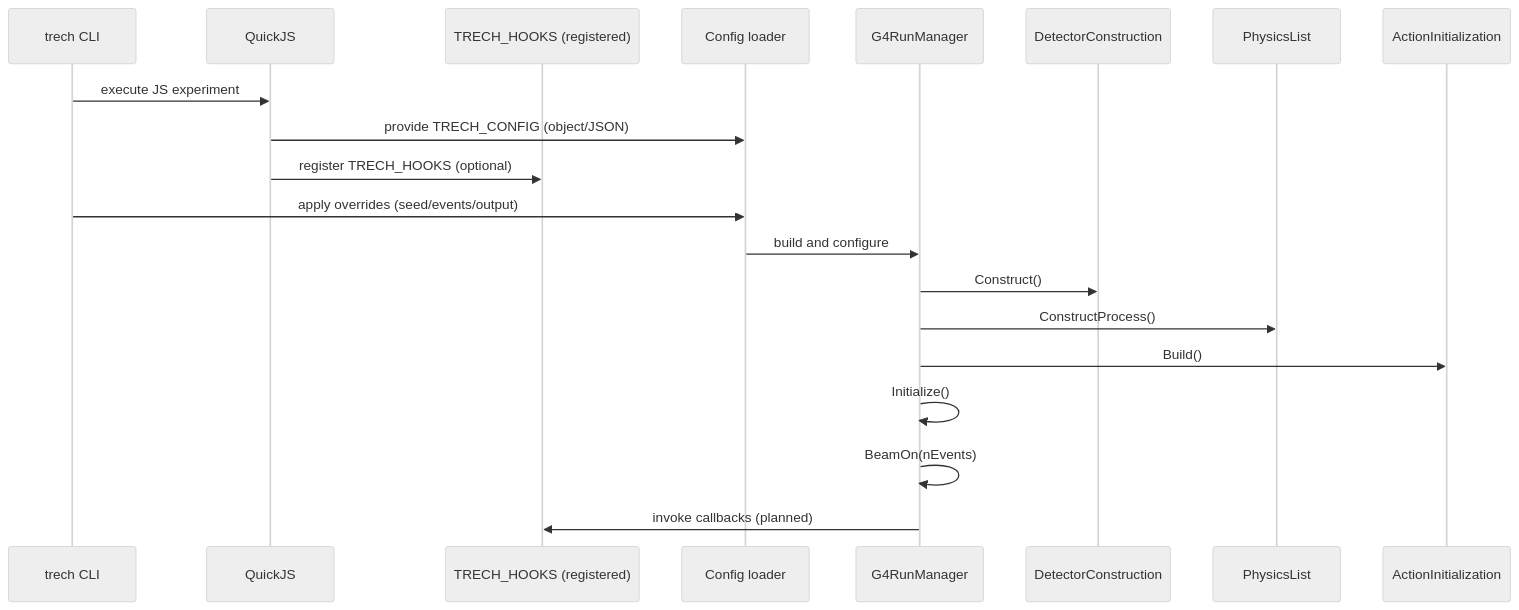
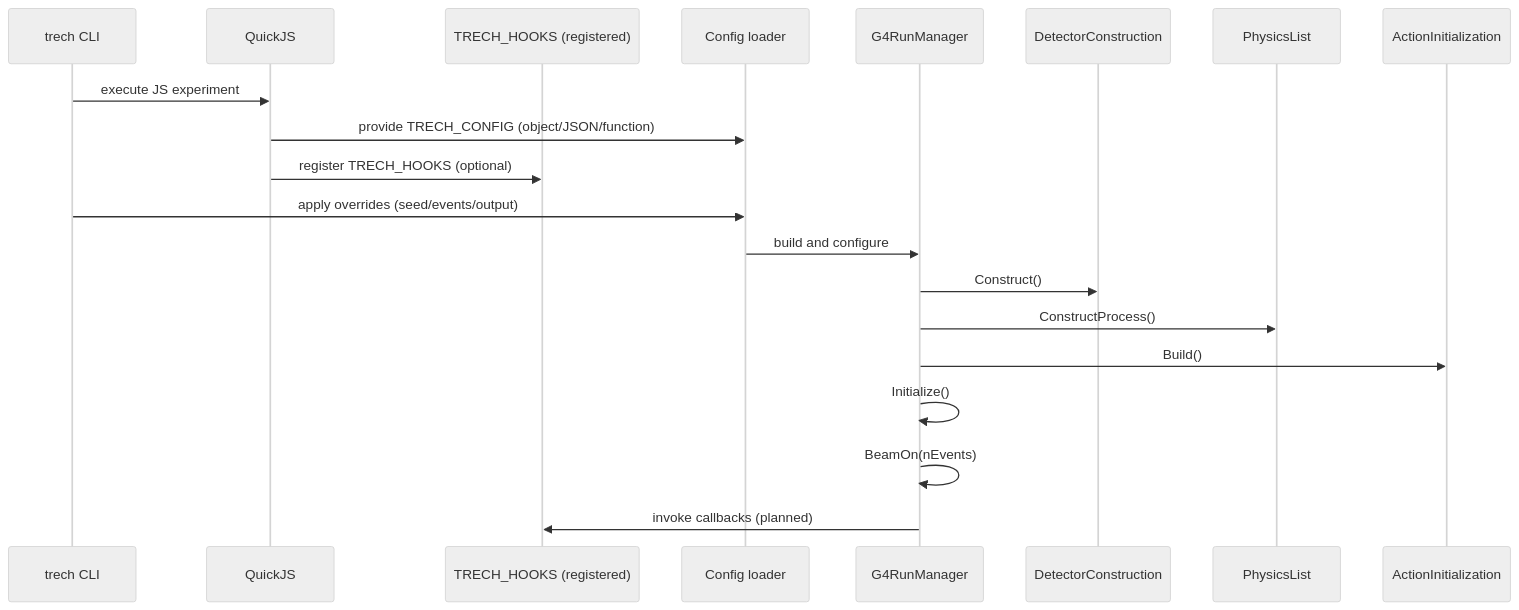
Before and after one commit to Geckos-Ink/trech: the second of 8 diagrams in CHARTS.md, drawn with Mermaid (neutral theme). The commit also changed other lines of this file and 7 other files, not shown here.

First line of the commit message:
Implemented a flow-oriented JS

````diff
--- a/CHARTS.md
+++ b/CHARTS.md
@@ -43,22 +45,22 @@
 ```mermaid
 sequenceDiagram
   participant CLI as trech CLI
   participant QJS as QuickJS
   participant HOOK as TRECH_HOOKS (registered)
   participant CFG as Config loader
   participant RM as G4RunManager
   participant DET as DetectorConstruction
   participant PHY as PhysicsList
   participant ACT as ActionInitialization
   CLI->>QJS: execute JS experiment
-  QJS->>CFG: provide TRECH_CONFIG (object/JSON)
+  QJS->>CFG: provide TRECH_CONFIG (object/JSON/function)
   QJS->>HOOK: register TRECH_HOOKS (optional)
   CLI->>CFG: apply overrides (seed/events/output)
   CFG->>RM: build and configure
   RM->>DET: Construct()
   RM->>PHY: ConstructProcess()
   RM->>ACT: Build()
   RM->>RM: Initialize()
   RM->>RM: BeamOn(nEvents)
   RM->>HOOK: invoke callbacks (planned)
 ```
````
